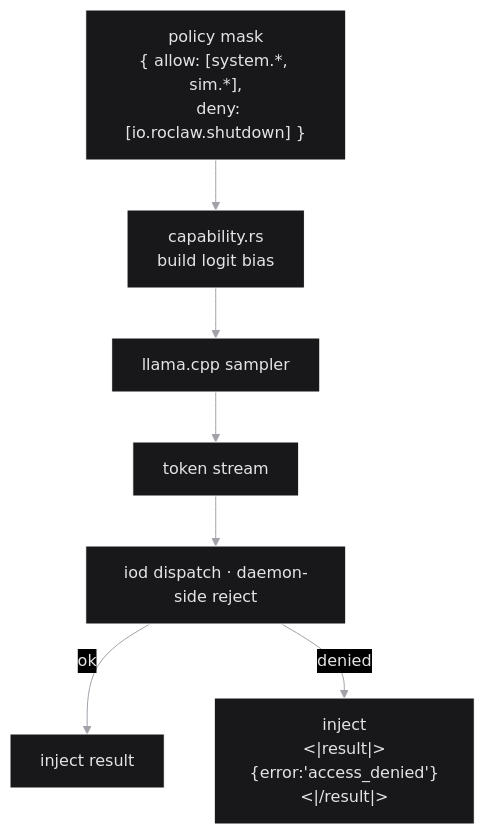
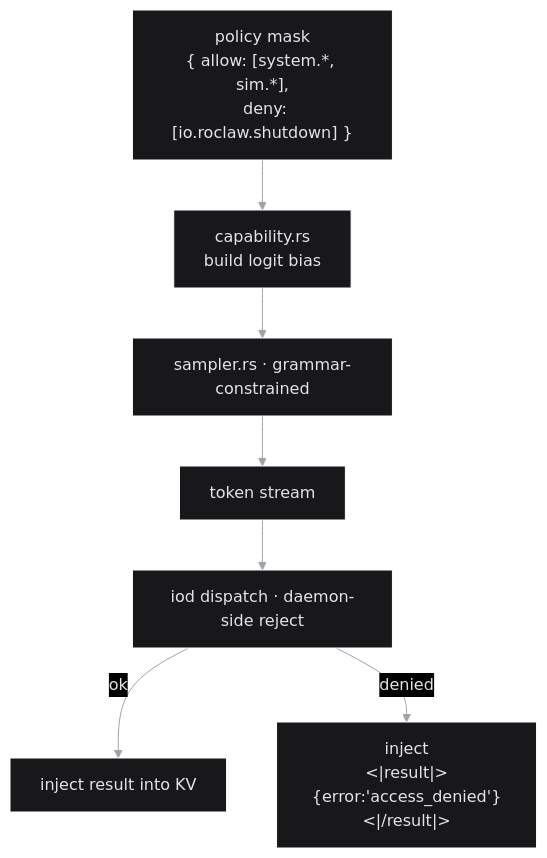
One commit to EvolvingAgentsLabs/llm_os changed the sixth of 7 diagrams in docs/ARCHITECTURE.md. Above: the diagram before and after it, drawn with Mermaid. The commit also changed other lines of this file and 12 other files, not shown here.

````diff
--- a/docs/ARCHITECTURE.md
+++ b/docs/ARCHITECTURE.md
@@ -238,15 +387,15 @@
 ```mermaid
 %%{init: {'theme':'base', 'themeVariables': {'primaryColor':'#18181b','primaryTextColor':'#e4e4e7','primaryBorderColor':'#ffffff','lineColor':'#a1a1aa','background':'#000','mainBkg':'#18181b','clusterBkg':'#000','clusterBorder':'#a1a1aa','edgeLabelBackground':'#000','fontFamily':'ui-monospace, monospace'}}}%%
 flowchart TB
     Policy["policy mask<br/>{ allow: [system.*, sim.*],<br/>  deny: [io.roclaw.shutdown] }"]
     Mask[capability.rs<br/>build logit bias]
-    Sampler[llama.cpp sampler]
+    Sampler[sampler.rs · grammar-constrained]
     Daemon[iod dispatch · daemon-side reject]
 
     Policy --> Mask
     Mask --> Sampler
     Sampler --> TokenStream[token stream]
     TokenStream --> Daemon
-    Daemon -- "ok" --> Result[inject result]
+    Daemon -- "ok" --> Result[inject result into KV]
     Daemon -- "denied" --> Reject["inject<br/>&lt;|result|&gt;{error:'access_denied'}&lt;|/result|&gt;"]
 ```
````
